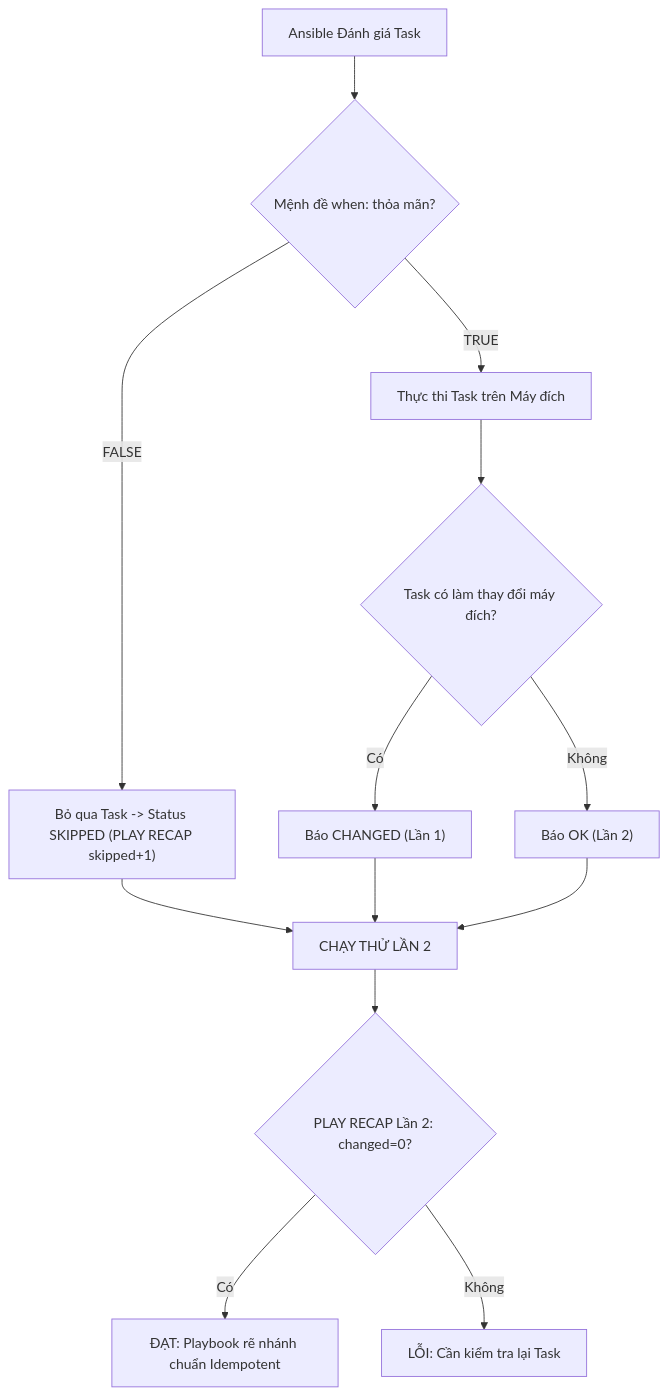
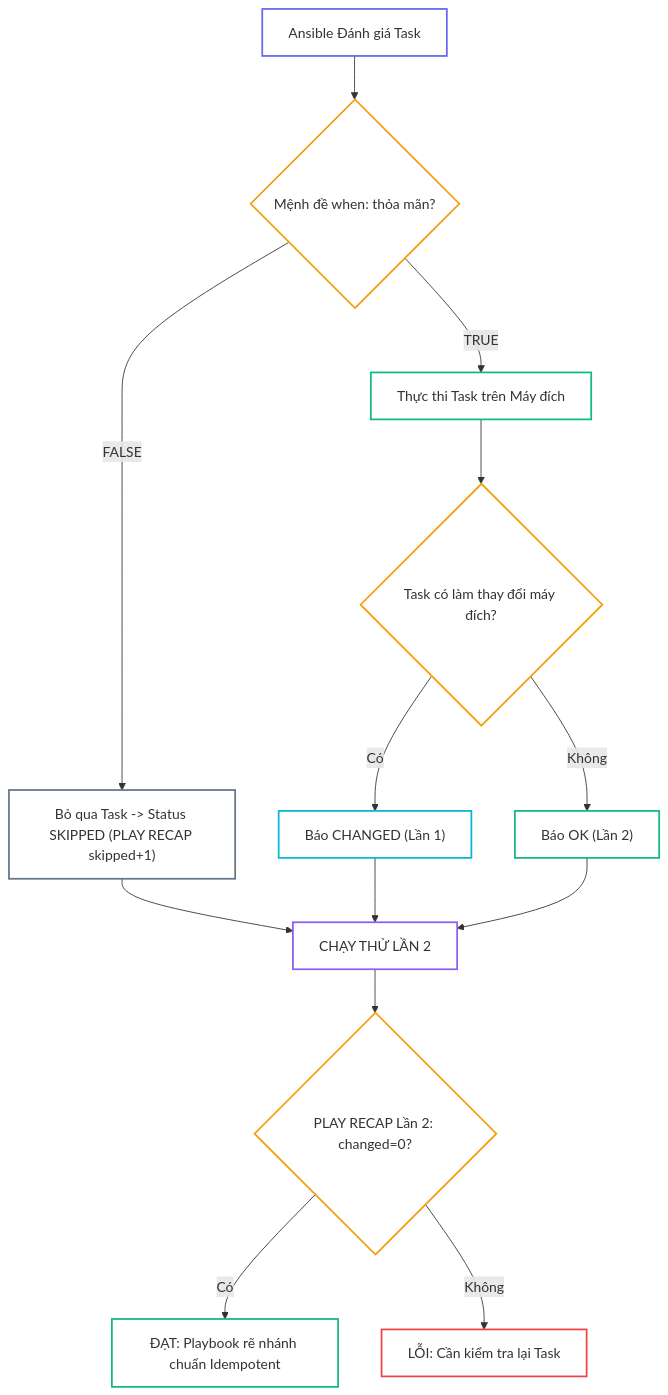
One commit to kiennt308/ntk changed the second of 3 diagrams in _posts/2026-09-13-ansible-09-09-conditionals-when.md. Above: the diagram before and after it, drawn with Mermaid. The commit also changed other lines of this file and 30 other files, not shown here.

````diff
--- a/_posts/2026-09-13-ansible-09-09-conditionals-when.md
+++ b/_posts/2026-09-13-ansible-09-09-conditionals-when.md
@@ -329,15 +338,27 @@
 ```mermaid
 flowchart TD
     A["Ansible Đánh giá Task"] --> B{"Mệnh đề when: thỏa mãn?"}
     B -->|"FALSE"| C["Bỏ qua Task -> Status SKIPPED (PLAY RECAP skipped+1)"]
     B -->|"TRUE"| D["Thực thi Task trên Máy đích"]
     
     D --> E{"Task có làm thay đổi máy đích?"}
     E -->|"Có"| F["Báo CHANGED (Lần 1)"]
     E -->|"Không"| G["Báo OK (Lần 2)"]
     
     C & F & G --> H["CHẠY THỬ LẦN 2"]
     H --> I{"PLAY RECAP Lần 2: changed=0?"}
-    I -- Có --> J["ĐẠT: Playbook rẽ nhánh chuẩn Idempotent"]
-    I -- Không --> K["LỖI: Cần kiểm tra lại Task"]
+    I -->|"Có"| J["ĐẠT: Playbook rẽ nhánh chuẩn Idempotent"]
+    I -->|"Không"| K["LỖI: Cần kiểm tra lại Task"]
+
+    style A fill:none,stroke:#6366f1,stroke-width:2px
+    style B fill:none,stroke:#f59e0b,stroke-width:2px
+    style C fill:none,stroke:#64748b,stroke-width:2px
+    style D fill:none,stroke:#10b981,stroke-width:2px
+    style E fill:none,stroke:#f59e0b,stroke-width:2px
+    style F fill:none,stroke:#06b6d4,stroke-width:2px
+    style G fill:none,stroke:#10b981,stroke-width:2px
+    style H fill:none,stroke:#8b5cf6,stroke-width:2px
+    style I fill:none,stroke:#f59e0b,stroke-width:2px
+    style J fill:none,stroke:#10b981,stroke-width:2px
+    style K fill:none,stroke:#ef4444,stroke-width:2px
 ```
````
